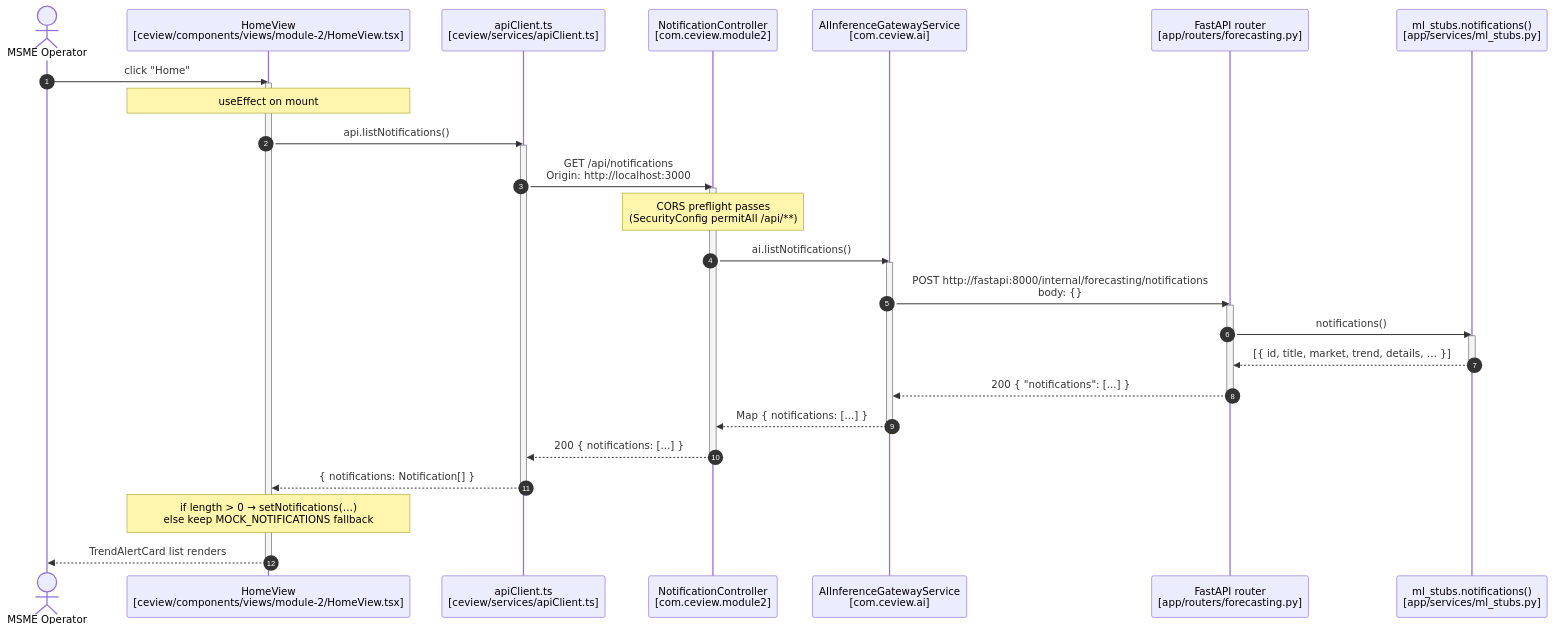
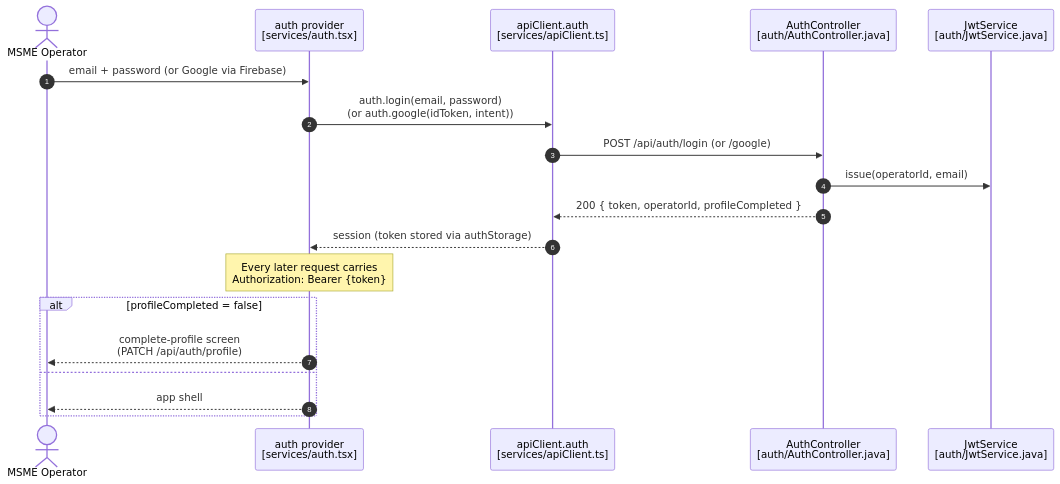
The second of 8 diagrams in ARCHITECTURE.md (SherieHub/CeView), drawn with Mermaid before and after one commit. The commit also changed other lines of this file and 38 other files, not shown here.

````diff
--- a/ARCHITECTURE.md
+++ b/ARCHITECTURE.md
@@ -51,39 +84,22 @@
 ```mermaid
 sequenceDiagram
     autonumber
     actor U as MSME Operator
-    participant H as HomeView<br/>[ceview/components/views/module-2/HomeView.tsx]
-    participant API as apiClient.ts<br/>[ceview/services/apiClient.ts]
-    participant SC as NotificationController<br/>[com.ceview.module2]
-    participant GW as AIInferenceGatewayService<br/>[com.ceview.ai]
-    participant FR as FastAPI router<br/>[app/routers/forecasting.py]
-    participant MS as ml_stubs.notifications()<br/>[app/services/ml_stubs.py]
+    participant A as auth provider<br/>[services/auth.tsx]
+    participant API as apiClient.auth<br/>[services/apiClient.ts]
+    participant AC as AuthController<br/>[auth/AuthController.java]
+    participant JWT as JwtService<br/>[auth/JwtService.java]
 
-    U->>H: click "Home"
-    activate H
-    Note over H: useEffect on mount
-    H->>API: api.listNotifications()
-    activate API
-    API->>SC: GET /api/notifications<br/>Origin: http://localhost:3000
-    activate SC
-    Note over SC: CORS preflight passes<br/>(SecurityConfig permitAll /api/**)
-    SC->>GW: ai.listNotifications()
-    activate GW
-    GW->>FR: POST http://fastapi:8000/internal/forecasting/notifications<br/>body: {}
-    activate FR
-    FR->>MS: notifications()
-    activate MS
-    MS-->>FR: [{ id, title, market, trend, details, … }]
-    deactivate MS
-    FR-->>GW: 200 { "notifications": [...] }
-    deactivate FR
-    GW-->>SC: Map { notifications: [...] }
-    deactivate GW
-    SC-->>API: 200 { notifications: [...] }
-    deactivate SC
-    API-->>H: { notifications: Notification[] }
-    deactivate API
-    Note over H: if length > 0 → setNotifications(…)<br/>else keep MOCK_NOTIFICATIONS fallback
-    H-->>U: TrendAlertCard list renders
-    deactivate H
+    U->>A: email + password (or Google via Firebase)
+    A->>API: auth.login(email, password)<br/>(or auth.google(idToken, intent))
+    API->>AC: POST /api/auth/login (or /google)
+    AC->>JWT: issue(operatorId, email)
+    AC-->>API: 200 { token, operatorId, profileCompleted }
+    API-->>A: session (token stored via authStorage)
+    Note over A: Every later request carries<br/>Authorization: Bearer {token}
+    alt profileCompleted = false
+        A-->>U: complete-profile screen<br/>(PATCH /api/auth/profile)
+    else
+        A-->>U: app shell
+    end
 ```
````
